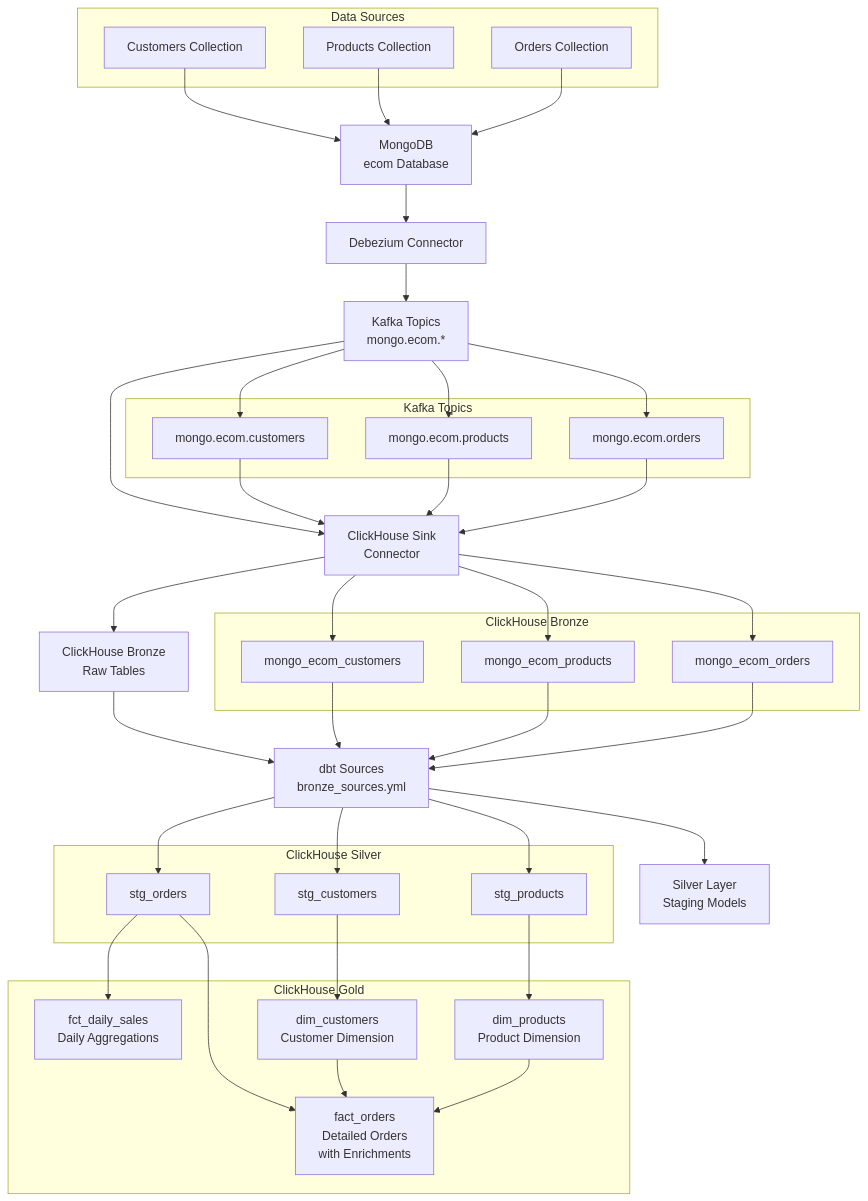
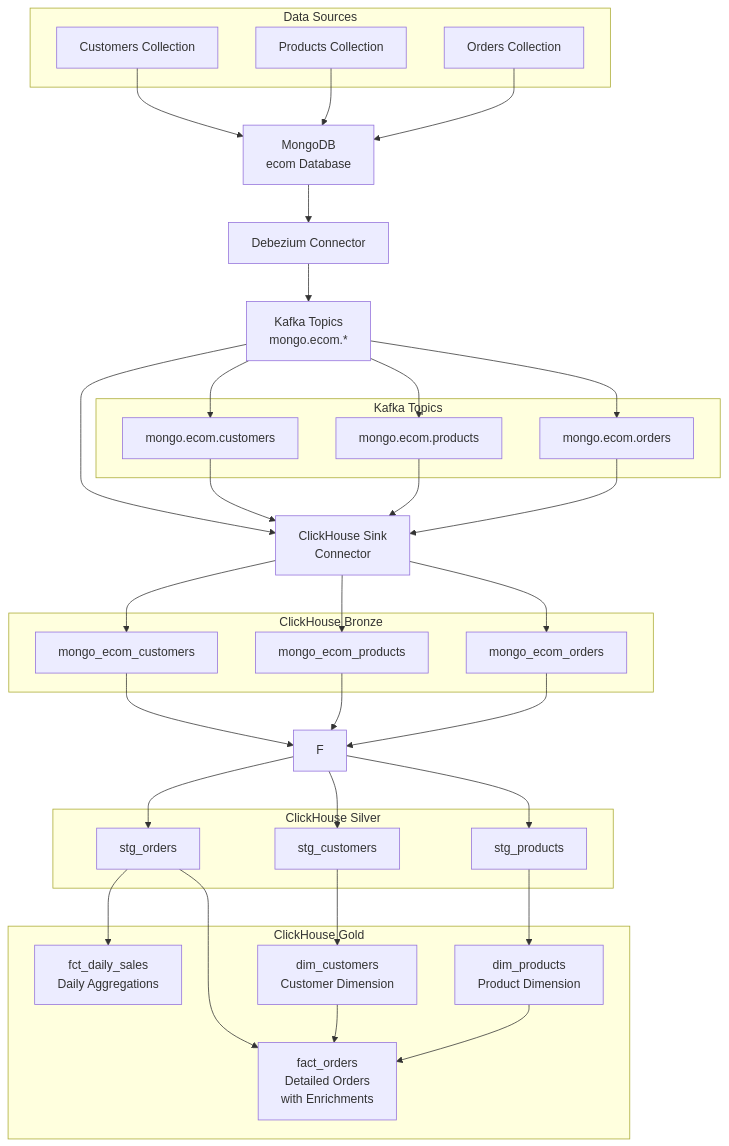
One commit to alponkk/Change-Data-Capture-E-Commerce changed the diagram in README.md. Above: the diagram before and after it, drawn with Mermaid.

Commit message:
Remove ClickHouse Bronze and dbt Sources from data flow diagram in README for simplification

````diff
--- a/README.md
+++ b/README.md
@@ -196,72 +196,68 @@
 ```mermaid
 graph TD
     A[MongoDB<br/>ecom Database] --> B[Debezium Connector]
     B --> C[Kafka Topics<br/>mongo.ecom.*]
     C --> D[ClickHouse Sink<br/>Connector]
-    D --> E[ClickHouse Bronze<br/>Raw Tables]
-    
-    E --> F[dbt Sources<br/>bronze_sources.yml]
-    F --> G[Silver Layer<br/>Staging Models]
     
     subgraph "Data Sources"
         A1[Customers Collection]
         A2[Products Collection] 
         A3[Orders Collection]
     end
     
     subgraph "Kafka Topics"
         C1[mongo.ecom.customers]
         C2[mongo.ecom.products]
         C3[mongo.ecom.orders]
     end
     
     subgraph "ClickHouse Bronze"
         E1[mongo_ecom_customers]
         E2[mongo_ecom_products]
         E3[mongo_ecom_orders]
     end
     
     subgraph "ClickHouse Silver"
         G1[stg_customers]
         G2[stg_products]
         G3[stg_orders]
     end
     
     subgraph "ClickHouse Gold"
         H1[fct_daily_sales<br/>Daily Aggregations]
         H2[dim_customers<br/>Customer Dimension]
         H3[dim_products<br/>Product Dimension]
         H4[fact_orders<br/>Detailed Orders<br/>with Enrichments]
     end
     
     A1 --> A
     A2 --> A
     A3 --> A
     
     C --> C1
     C --> C2
     C --> C3
     
     C1 --> D
     C2 --> D
     C3 --> D
     
     D --> E1
     D --> E2
     D --> E3
     
     E1 --> F
     E2 --> F
     E3 --> F
     
     F --> G1
     F --> G2
     F --> G3
     
     G1 --> H2
     G2 --> H3
     G3 --> H1
     G3 --> H4
     H2 --> H4
     H3 --> H4
 ```
````
